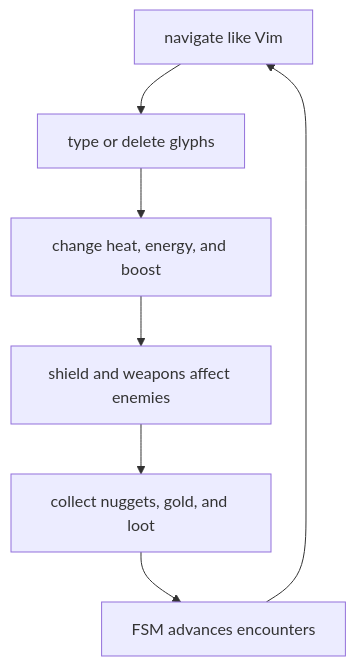
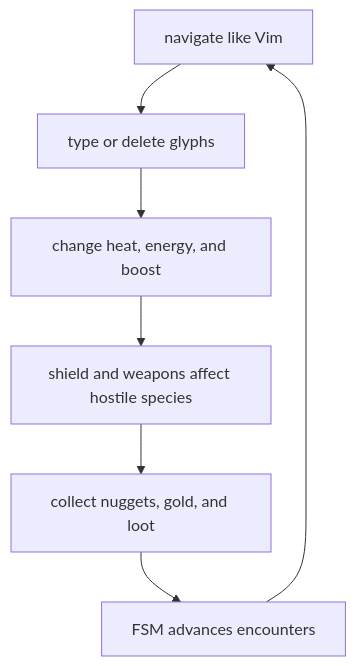
One commit to lixenwraith/vi-fighter changed the first of 3 diagrams in doc/gameplay.md. Above: the diagram before and after it, drawn with Mermaid. The commit also changed other lines of this file and 49 other files, not shown here.

````diff
--- a/doc/gameplay.md
+++ b/doc/gameplay.md
@@ -11,9 +11,9 @@
 ```mermaid
 flowchart TD
     Navigate["navigate like Vim"] --> Type["type or delete glyphs"]
     Type --> Resources["change heat, energy, and boost"]
-    Resources --> Defend["shield and weapons affect enemies"]
+    Resources --> Defend["shield and weapons affect hostile species"]
     Defend --> Rewards["collect nuggets, gold, and loot"]
     Rewards --> Escalate["FSM advances encounters"]
     Escalate --> Navigate
 ```
````
